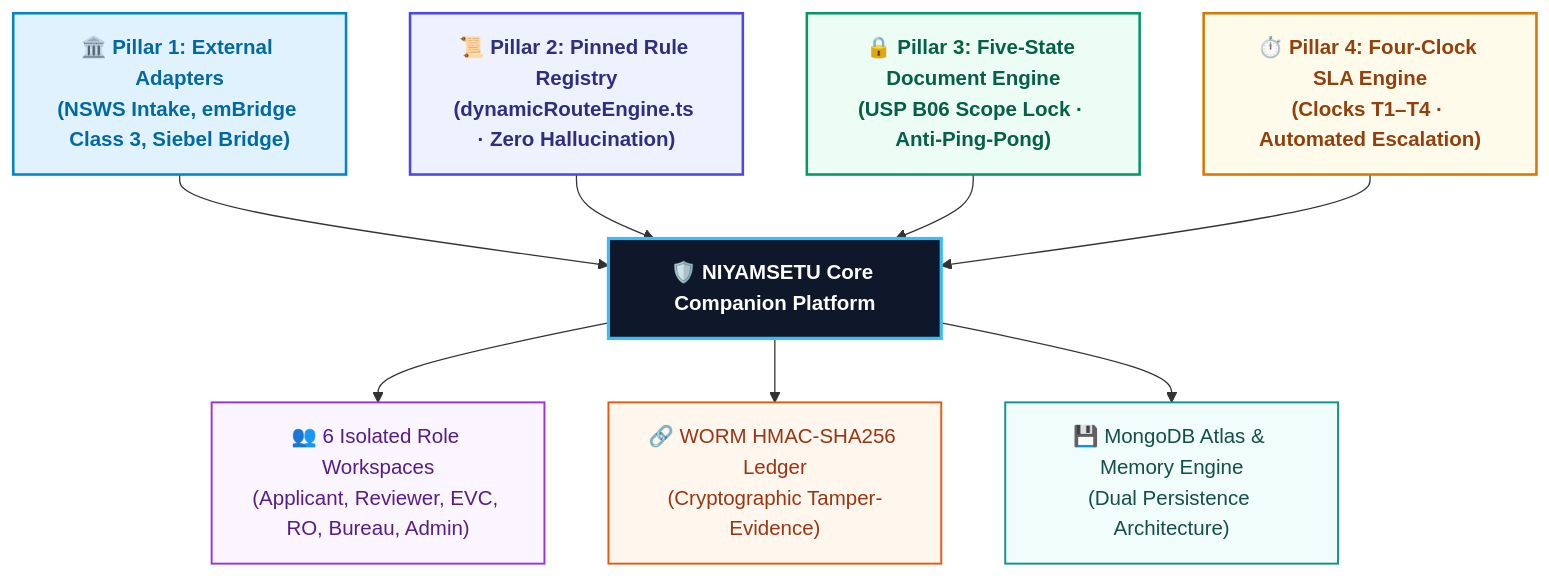
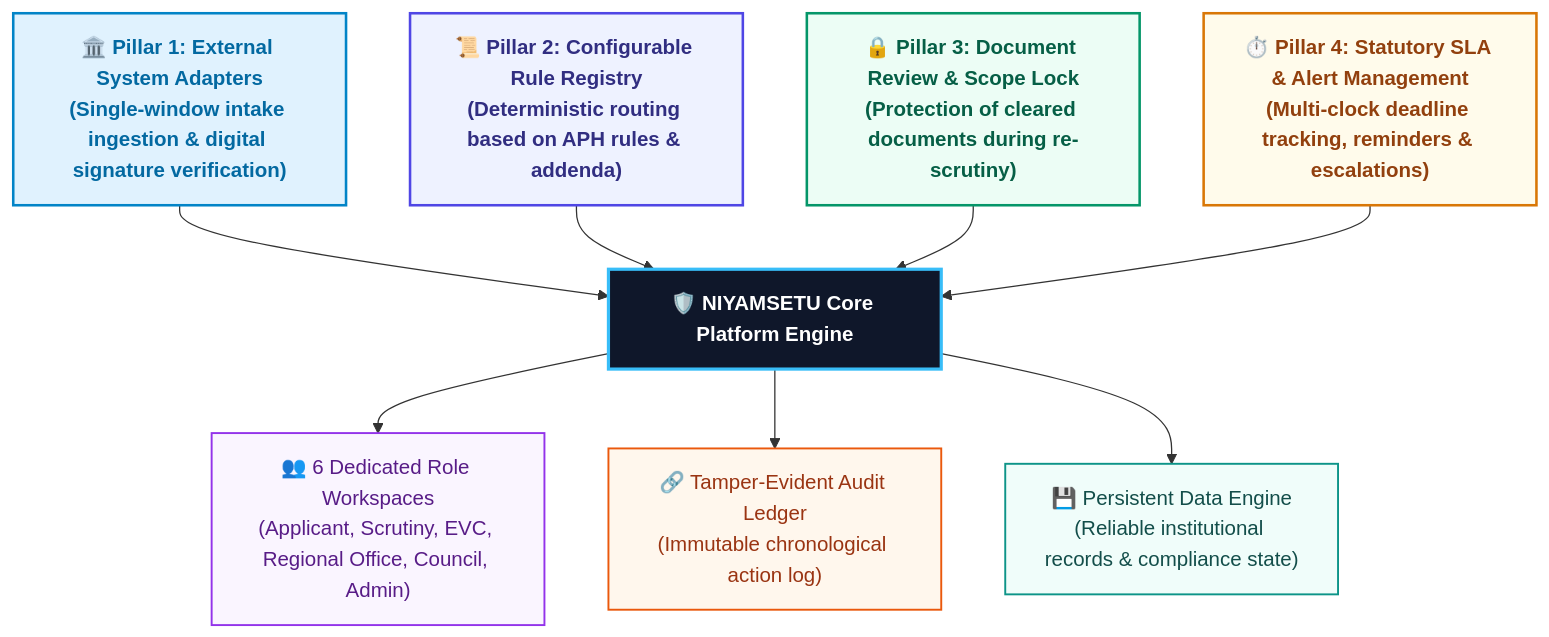
Before and after one commit to Parth-Chavan-15/SIH-2026-AICTE: the first of 18 diagrams in README.md, drawn with Mermaid. The commit also changed other lines of this file, not shown here.

````diff
--- a/README.md
+++ b/README.md
@@ -109,25 +73,25 @@
 ```mermaid
 flowchart TD
     classDef p1 fill:#E0F2FE,stroke:#0284C7,stroke-width:2px,color:#0369A1,font-weight:bold;
     classDef p2 fill:#EEF2FF,stroke:#4F46E5,stroke-width:2px,color:#312E81,font-weight:bold;
     classDef p3 fill:#ECFDF5,stroke:#059669,stroke-width:2px,color:#065F46,font-weight:bold;
     classDef p4 fill:#FFFBEB,stroke:#D97706,stroke-width:2px,color:#92400E,font-weight:bold;
     classDef core fill:#0F172A,stroke:#38BDF8,stroke-width:2.5px,color:#FFFFFF,font-weight:bold;
     classDef outW fill:#FAF5FF,stroke:#9333EA,stroke-width:1.5px,color:#581C87;
     classDef outL fill:#FFF7ED,stroke:#EA580C,stroke-width:1.5px,color:#9A3412;
     classDef outD fill:#F0FDFA,stroke:#0D9488,stroke-width:1.5px,color:#134E4A;
 
-    P1["🏛️ Pillar 1: External Adapters<br/>(NSWS Intake, emBridge Class 3, Siebel Bridge)"]:::p1
-    P2["📜 Pillar 2: Pinned Rule Registry<br/>(dynamicRouteEngine.ts · Zero Hallucination)"]:::p2
-    P3["🔒 Pillar 3: Five-State Document Engine<br/>(USP B06 Scope Lock · Anti-Ping-Pong)"]:::p3
-    P4["⏱️ Pillar 4: Four-Clock SLA Engine<br/>(Clocks T1–T4 · Automated Escalation)"]:::p4
+    P1["🏛️ Pillar 1: External System Adapters<br/>(Single-window intake ingestion & digital signature verification)"]:::p1
+    P2["📜 Pillar 2: Configurable Rule Registry<br/>(Deterministic routing based on APH rules & addenda)"]:::p2
+    P3["🔒 Pillar 3: Document Review & Scope Lock<br/>(Protection of cleared documents during re-scrutiny)"]:::p3
+    P4["⏱️ Pillar 4: Statutory SLA & Alert Management<br/>(Multi-clock deadline tracking, reminders & escalations)"]:::p4
 
-    P1 --> CORE["🛡️ NIYAMSETU Core Companion Platform"]:::core
+    P1 --> CORE["🛡️ NIYAMSETU Core Platform Engine"]:::core
     P2 --> CORE
     P3 --> CORE
     P4 --> CORE
 
-    CORE --> W["👥 6 Isolated Role Workspaces<br/>(Applicant, Reviewer, EVC, RO, Bureau, Admin)"]:::outW
-    CORE --> L["🔗 WORM HMAC-SHA256 Ledger<br/>(Cryptographic Tamper-Evidence)"]:::outL
-    CORE --> D["💾 MongoDB Atlas & Memory Engine<br/>(Dual Persistence Architecture)"]:::outD
+    CORE --> W["👥 6 Dedicated Role Workspaces<br/>(Applicant, Scrutiny, EVC, Regional Office, Council, Admin)"]:::outW
+    CORE --> L["🔗 Tamper-Evident Audit Ledger<br/>(Immutable chronological action log)"]:::outL
+    CORE --> D["💾 Persistent Data Engine<br/>(Reliable institutional records & compliance state)"]:::outD
 ```
````
